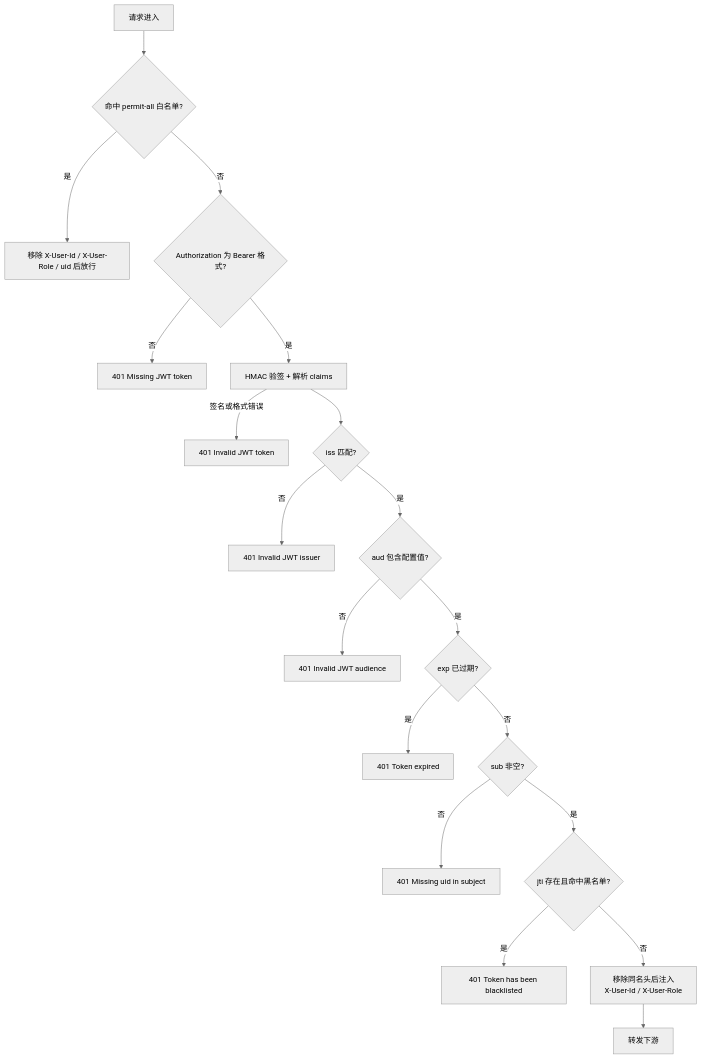
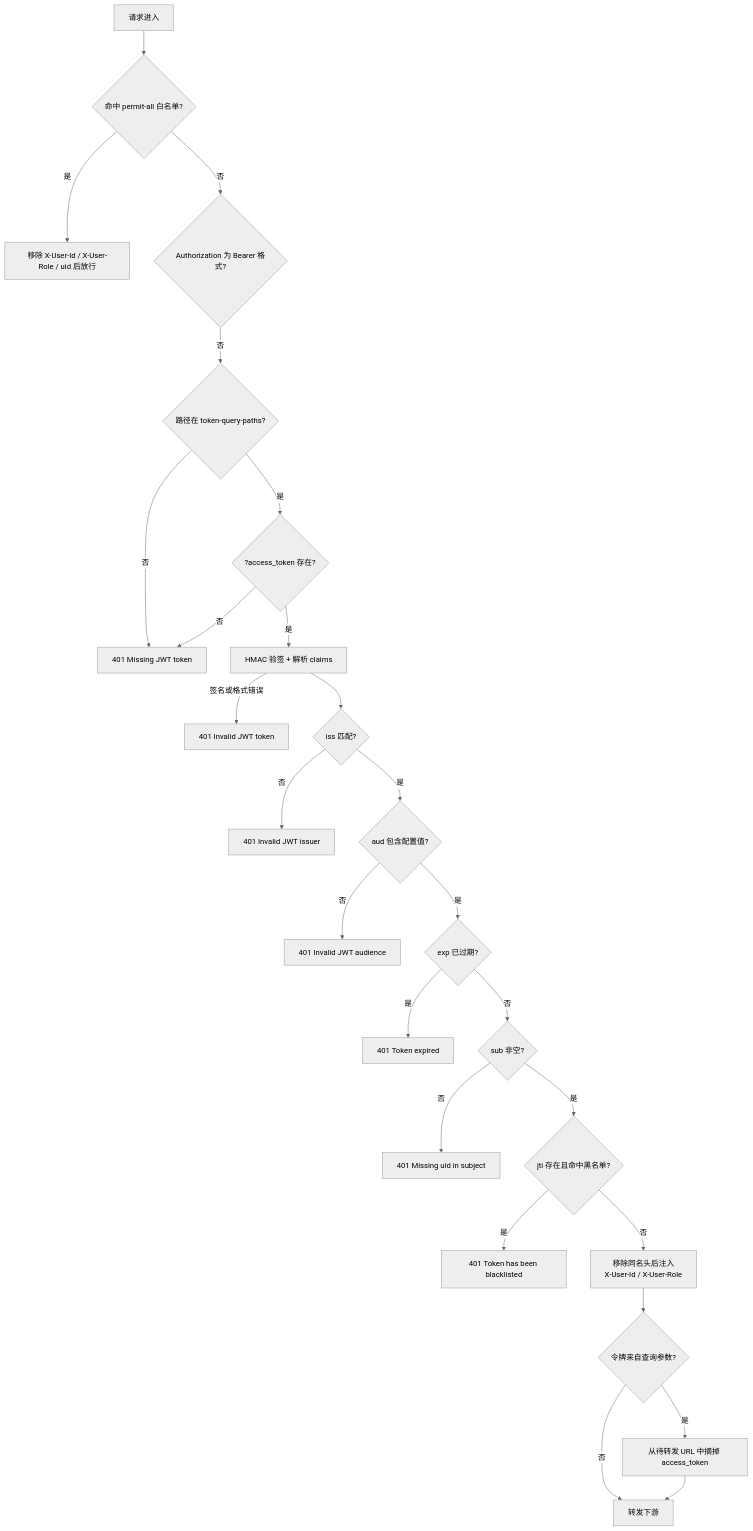
Before and after one commit to YunfeiSHU/media-community: the fourth of 6 diagrams in gateway-service/技术文档.md, drawn with Mermaid (neutral theme). The commit also changed other lines of this file and 5 other files, not shown here.

````diff
--- a/gateway-service/技术文档.md
+++ b/gateway-service/技术文档.md
@@ -398,21 +425,27 @@
 ```mermaid
 flowchart TD
     S[请求进入] --> P{命中 permit-all 白名单?}
     P -->|是| PASS["移除 X-User-Id / X-User-Role / uid 后放行"]
     P -->|否| T{Authorization 为 Bearer 格式?}
-    T -->|否| E1["401 Missing JWT token"]
-    T -->|是| SIG[HMAC 验签 + 解析 claims]
+    T -->|否| Q{路径在 token-query-paths?}
+    Q -->|否| E1["401 Missing JWT token"]
+    Q -->|是| QT{"?access_token 存在?"}
+    QT -->|否| E1
+    QT -->|是| SIG[HMAC 验签 + 解析 claims]
     SIG -->|签名或格式错误| E2["401 Invalid JWT token"]
     SIG --> ISS{iss 匹配?}
     ISS -->|否| E3["401 Invalid JWT issuer"]
     ISS -->|是| AUD{aud 包含配置值?}
     AUD -->|否| E4["401 Invalid JWT audience"]
     AUD -->|是| EXP{exp 已过期?}
     EXP -->|是| E5["401 Token expired"]
     EXP -->|否| SUB{sub 非空?}
     SUB -->|否| E6["401 Missing uid in subject"]
     SUB -->|是| BL{"jti 存在且命中黑名单?"}
     BL -->|是| E7["401 Token has been blacklisted"]
     BL -->|否| INJ["移除同名头后注入<br/>X-User-Id / X-User-Role"]
-    INJ --> FWD[转发下游]
+    INJ --> STRIP{"令牌来自查询参数?"}
+    STRIP -->|是| CLN["从待转发 URL 中摘掉 access_token"]
+    STRIP -->|否| FWD[转发下游]
+    CLN --> FWD
 ```
````
